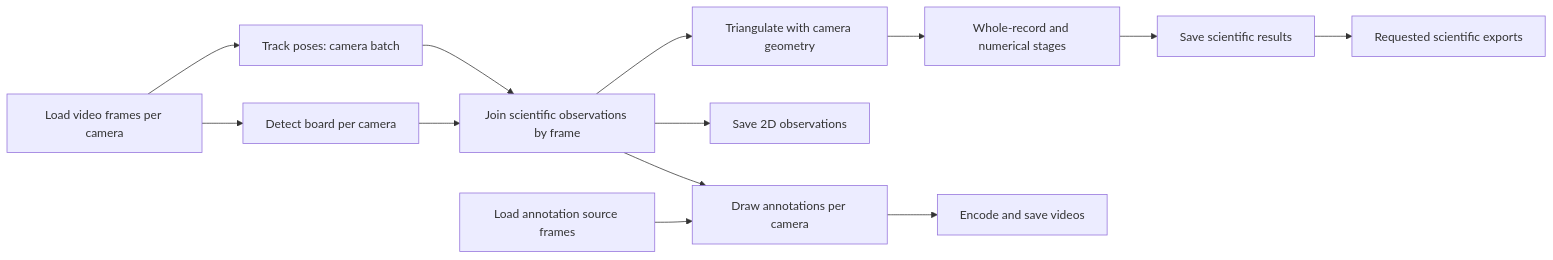
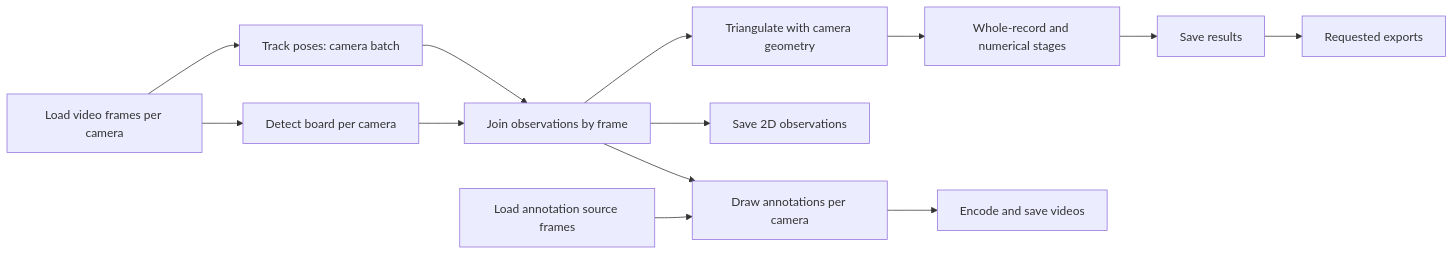
One commit to freemocap/freemocap changed the diagram in current-work-plans/02-pipeline/typed-dataflow.md. Above: the diagram before and after it, drawn with Mermaid. The commit also changed other lines of this file and 248 other files, not shown here.

````diff
--- a/current-work-plans/02-pipeline/typed-dataflow.md
+++ b/current-work-plans/02-pipeline/typed-dataflow.md
@@ -157,15 +157,15 @@
 ```mermaid
 flowchart LR
     V[Load video frames per camera] --> P[Track poses: camera batch]
     V --> B[Detect board per camera]
-    P --> J[Join scientific observations by frame]
+    P --> J[Join observations by frame]
     B --> J
     J --> T[Triangulate with camera geometry]
     J --> S[Save 2D observations]
     T --> N[Whole-record and numerical stages]
-    N --> R[Save scientific results]
+    N --> R[Save results]
     J --> D[Draw annotations per camera]
     AV[Load annotation source frames] --> D
     D --> E[Encode and save videos]
-    R --> X[Requested scientific exports]
+    R --> X[Requested exports]
 ```
````
